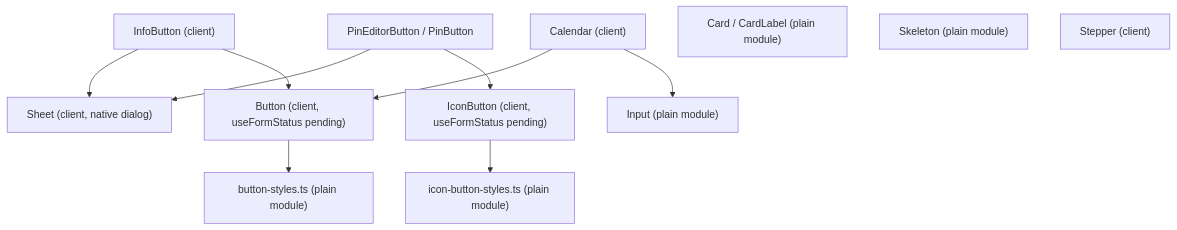
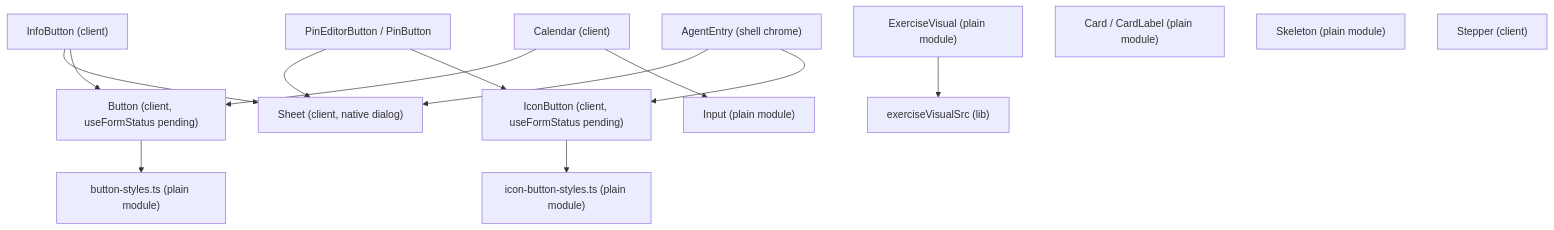
The first of 2 diagrams in openwiki/concepts/ui-conventions.md (jms-dcksn/lifting-app), drawn with Mermaid before and after one commit. The commit also changed other lines of this file and 40 other files, not shown here.

````diff
--- a/openwiki/concepts/ui-conventions.md
+++ b/openwiki/concepts/ui-conventions.md
@@ -59,14 +122,17 @@
 ```mermaid
 flowchart TD
     Button["Button (client, useFormStatus pending)"] --> ButtonStyles["button-styles.ts (plain module)"]
     IconButton["IconButton (client, useFormStatus pending)"] --> IconButtonStyles["icon-button-styles.ts (plain module)"]
     InfoButton["InfoButton (client)"] --> Sheet["Sheet (client, native dialog)"]
     InfoButton --> Button
     PinEditor["PinEditorButton / PinButton"] --> Sheet
     PinEditor --> IconButton
+    AgentEntry["AgentEntry (shell chrome)"] --> Sheet
+    AgentEntry --> IconButton
     Calendar["Calendar (client)"] --> Button
     Calendar --> Input["Input (plain module)"]
+    ExerciseVisual["ExerciseVisual (plain module)"] --> VisualSrc["exerciseVisualSrc (lib)"]
     Card["Card / CardLabel (plain module)"]
     Skeleton["Skeleton (plain module)"]
     Stepper["Stepper (client)"]
 ```
````
